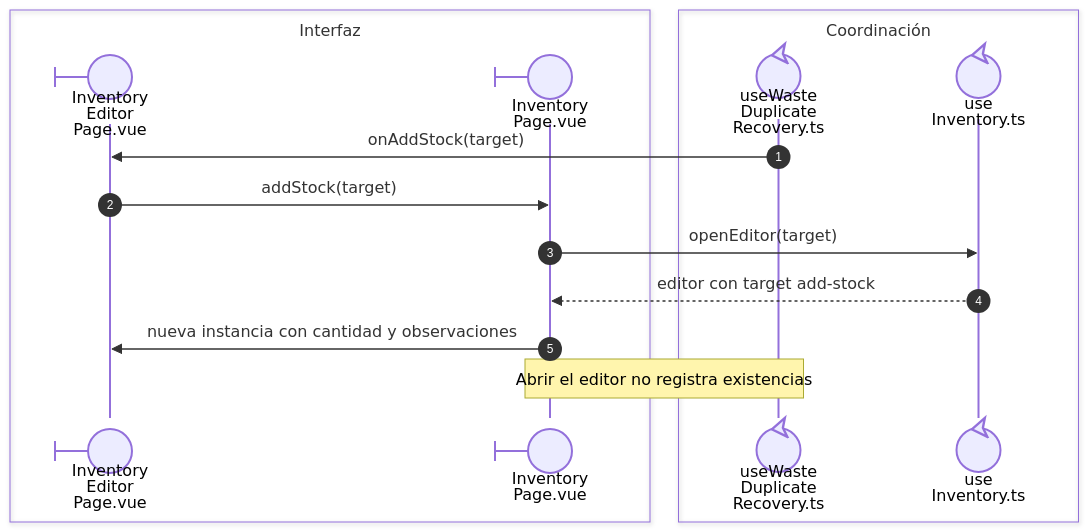
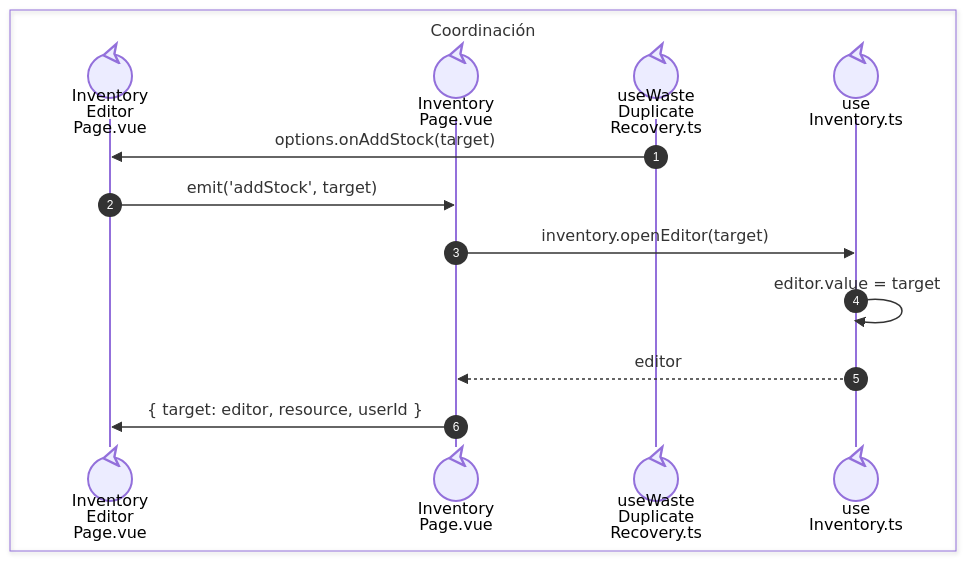
The second of 2 diagrams in front/docs/architecture/views/processes/05-warehouse/03-waste-duplicate.md (gpgsistemas01/nexus), drawn with Mermaid before and after one commit. The commit also changed other lines of this file and 43 other files, not shown here.

````diff
--- a/front/docs/architecture/views/processes/05-warehouse/03-waste-duplicate.md
+++ b/front/docs/architecture/views/processes/05-warehouse/03-waste-duplicate.md
@@ -50,18 +49,16 @@
 ```mermaid
 sequenceDiagram
     autonumber
-    box Interfaz
-    participant Page@{ "type": "boundary" } as Inventory<br/>Editor<br/>Page.vue
-    participant Parent@{ "type": "boundary" } as Inventory<br/>Page.vue
-    end
     box Coordinación
+    participant Page@{ "type": "control" } as Inventory<br/>Editor<br/>Page.vue
+    participant Parent@{ "type": "control" } as Inventory<br/>Page.vue
     participant Recovery@{ "type": "control" } as useWaste<br/>Duplicate<br/>Recovery.ts
     participant Inventory@{ "type": "control" } as use<br/>Inventory.ts
     end
-    Recovery->>Page: onAddStock(target)
-    Page->>Parent: addStock(target)
-    Parent->>Inventory: openEditor(target)
-    Inventory-->>Parent: editor con target add-stock
-    Parent->>Page: nueva instancia con cantidad y observaciones
-    Note over Parent,Recovery: Abrir el editor no registra existencias
+    Recovery->>Page: nowrap: options.onAddStock(target)
+    Page->>Parent: nowrap: emit('addStock', target)
+    Parent->>Inventory: nowrap: inventory.openEditor(target)
+    Inventory->>Inventory: nowrap: editor.value = target
+    Inventory-->>Parent: nowrap: editor
+    Parent->>Page: nowrap: { target: editor, resource, userId }
 ```
````
